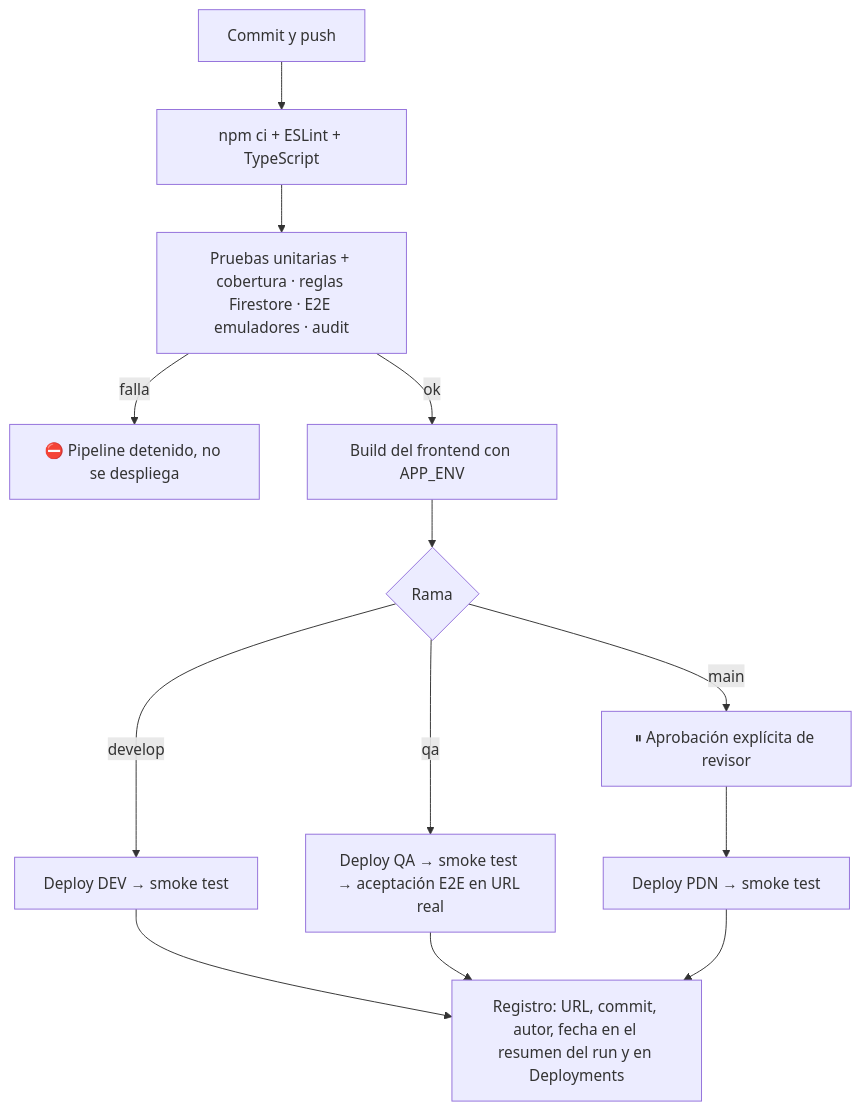
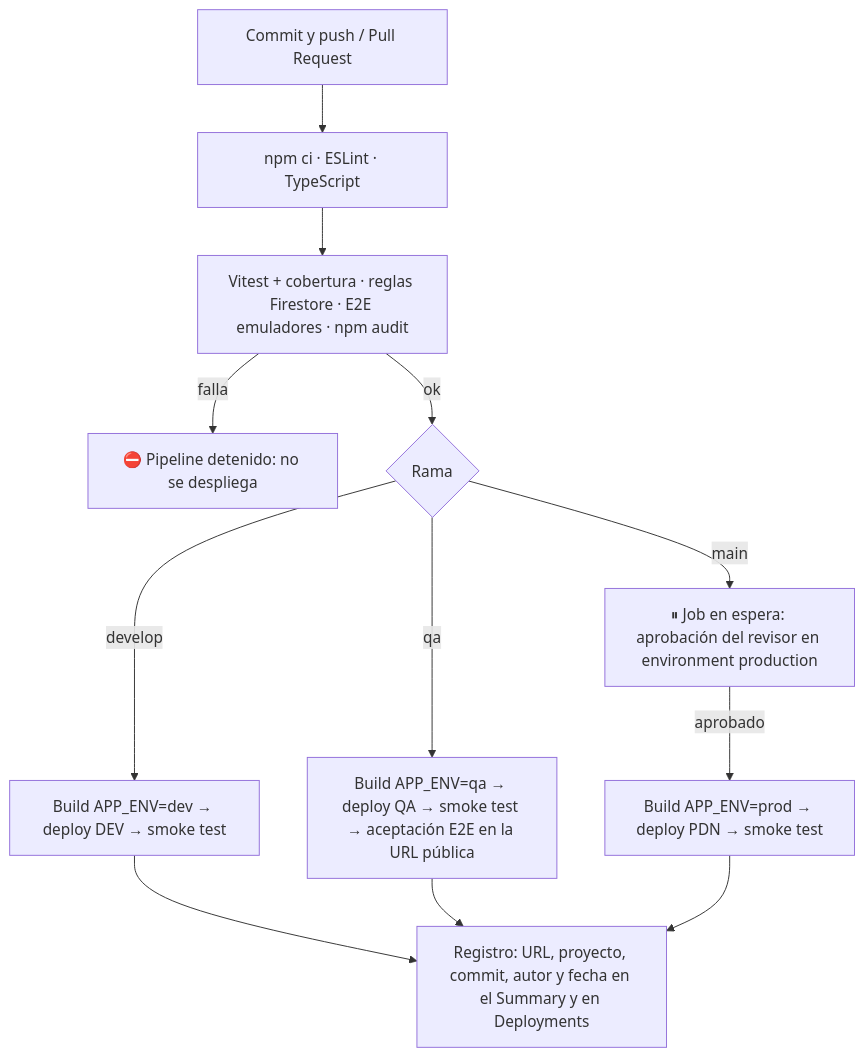
One commit to MariaFernanda1818/devops-cloud-deployment changed the third of 3 diagrams in README.md. Above: the diagram before and after it, drawn with Mermaid. The commit also changed other lines of this file and 7 other files, not shown here.

First line of the commit message:
docs: entrega final del taller con URLs reales, evidencias y sustentación

````diff
--- a/README.md
+++ b/README.md
@@ -122,13 +233,12 @@
 ```mermaid
 flowchart TD
-  A[Commit y push] --> B[npm ci + ESLint + TypeScript]
-  B --> C[Pruebas unitarias + cobertura · reglas Firestore · E2E emuladores · audit]
-  C -->|falla| X[⛔ Pipeline detenido, no se despliega]
-  C -->|ok| D[Build del frontend con APP_ENV]
-  D --> E{Rama}
-  E -->|develop| F[Deploy DEV → smoke test]
-  E -->|qa| G[Deploy QA → smoke test → aceptación E2E en URL real]
-  E -->|main| H[⏸ Aprobación explícita de revisor]
-  H --> I[Deploy PDN → smoke test]
-  F & G & I --> J[Registro: URL, commit, autor, fecha en el resumen del run y en Deployments]
+  A[Commit y push / Pull Request] --> B[npm ci · ESLint · TypeScript]
+  B --> C[Vitest + cobertura · reglas Firestore · E2E emuladores · npm audit]
+  C -->|falla| X[⛔ Pipeline detenido: no se despliega]
+  C -->|ok| E{Rama}
+  E -->|develop| F[Build APP_ENV=dev → deploy DEV → smoke test]
+  E -->|qa| G[Build APP_ENV=qa → deploy QA → smoke test → aceptación E2E en la URL pública]
+  E -->|main| H[⏸ Job en espera: aprobación del revisor en environment production]
+  H -->|aprobado| I[Build APP_ENV=prod → deploy PDN → smoke test]
+  F & G & I --> J[Registro: URL, proyecto, commit, autor y fecha en el Summary y en Deployments]
 ```
````
